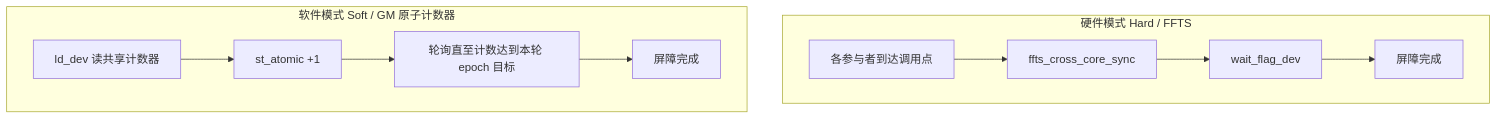
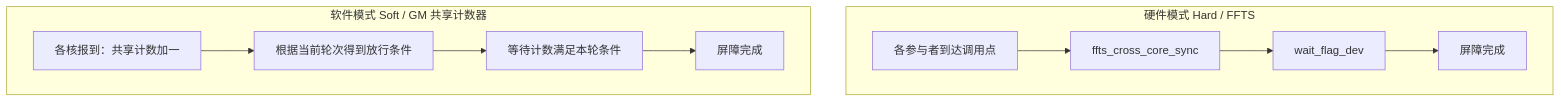
One commit to Crystal-wzy/pto-isa changed the diagram in docs/isa/SYNCALL_zh.md. Above: the diagram before and after it, drawn with Mermaid. The commit also changed 4 other files, not shown here.

First line of the commit message:
Use arch35 atomicAdd for soft SYNCALL arrive/poll on A5

````diff
--- a/docs/isa/SYNCALL_zh.md
+++ b/docs/isa/SYNCALL_zh.md
@@ -7,13 +7,13 @@
 ```mermaid
 flowchart TB
   subgraph hard [硬件模式 Hard / FFTS]
     H1[各参与者到达调用点] --> H2[ffts_cross_core_sync]
     H2 --> H3[wait_flag_dev]
     H3 --> H4[屏障完成]
   end
-  subgraph soft [软件模式 Soft / GM 原子计数器]
-    S1[ld_dev 读共享计数器] --> S2[st_atomic +1]
-    S2 --> S3[轮询直至计数达到本轮 epoch 目标]
+  subgraph soft [软件模式 Soft / GM 共享计数器]
+    S1[各核报到：共享计数加一] --> S2[根据当前轮次得到放行条件]
+    S2 --> S3[等待计数满足本轮条件]
     S3 --> S4[屏障完成]
   end
 ```
````
